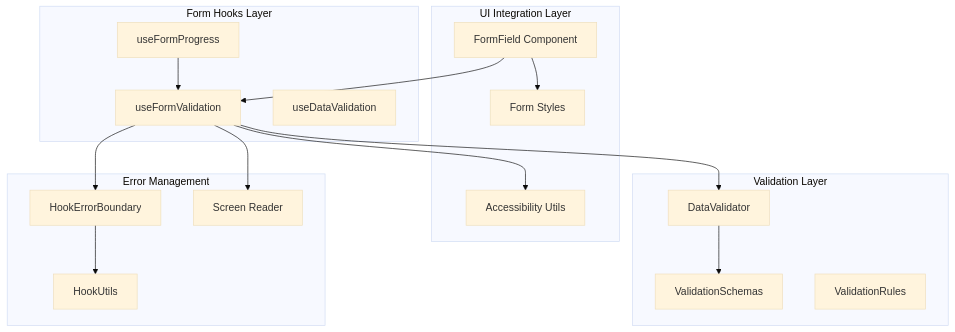
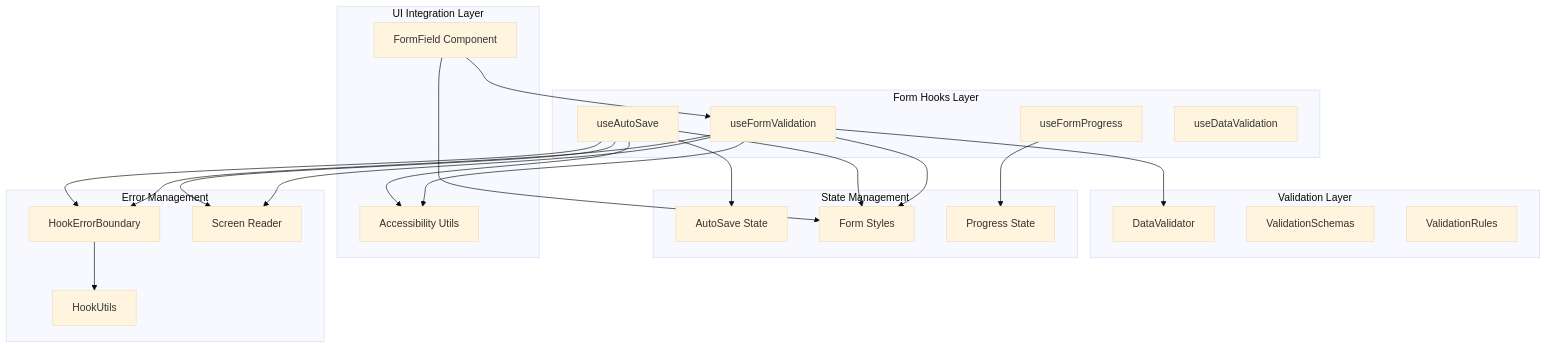
Before and after one commit to geniusdynamics/schoolpilot: the first of 12 diagrams in .qoder/repowiki/en/content/Core Systems/Form Hooks System.md, drawn with Mermaid (base theme). The commit also changed other lines of this file and 6 other files, not shown here.

````diff
--- a/.qoder/repowiki/en/content/Core Systems/Form Hooks System.md
+++ b/.qoder/repowiki/en/content/Core Systems/Form Hooks System.md
@@ -40,32 +51,43 @@
 ```mermaid
 graph TB
 subgraph "Form Hooks Layer"
 UV[useFormValidation]
+UA[useAutoSave]
 UP[useFormProgress]
 UDV[useDataValidation]
 end
 subgraph "Validation Layer"
 DV[DataValidator]
 VS[ValidationSchemas]
 VR[ValidationRules]
+end
+subgraph "State Management"
+AS[AutoSave State]
+FS[Form State]
+PS[Progress State]
 end
 subgraph "UI Integration Layer"
 FF[FormField Component]
 FS[Form Styles]
 AB[Accessibility Utils]
 end
 subgraph "Error Management"
 HEB[HookErrorBoundary]
 HU[HookUtils]
 SR[Screen Reader]
 end
 UV --> DV
-UP --> UV
-DV --> VS
+UA --> AS
+UP --> PS
+UV --> FS
+UA --> FS
 FF --> UV
 FF --> FS
 UV --> AB
+UA --> AB
 UV --> HEB
+UA --> HEB
 HEB --> HU
 UV --> SR
+UA --> SR
 ```
````
